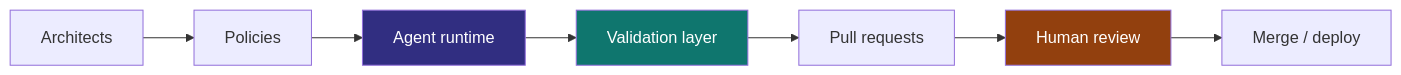
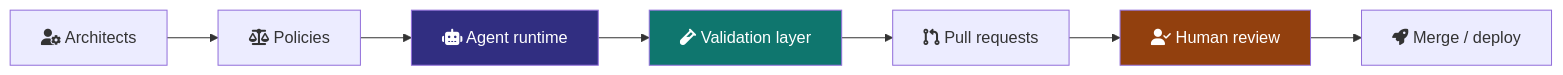
The second of 5 diagrams in content/en/ideas/agent-loops.mdx (nelson-o/nelson-o.github.io), drawn with Mermaid before and after one commit. The commit also changed other lines of this file and 3 other files, not shown here.

````diff
--- a/content/en/ideas/agent-loops.mdx
+++ b/content/en/ideas/agent-loops.mdx
@@ -138,13 +138,13 @@
 ```mermaid
 flowchart LR
-  A["Architects"] --> B["Policies"]
-  B --> C["Agent runtime"]
-  C --> D["Validation layer"]
-  D --> E["Pull requests"]
-  E --> F["Human review"]
-  F --> G["Merge / deploy"]
+  A["fa:fa-user-gear Architects"] --> B["fa:fa-scale-balanced Policies"]
+  B --> C["fa:fa-robot Agent runtime"]
+  C --> D["fa:fa-vial Validation layer"]
+  D --> E["fa:fa-code-pull-request Pull requests"]
+  E --> F["fa:fa-user-check Human review"]
+  F --> G["fa:fa-rocket Merge / deploy"]
 
   style C fill:#312e81,color:#fff
   style D fill:#0f766e,color:#fff
   style F fill:#92400e,color:#fff
 ```
````
